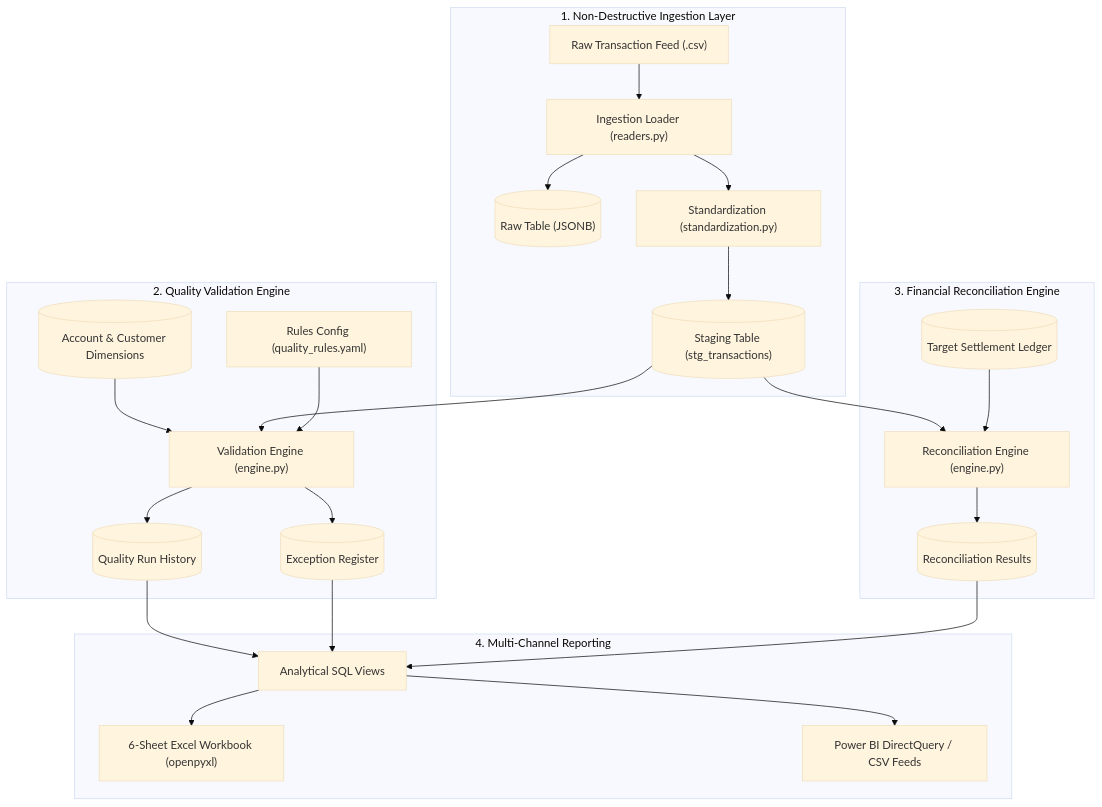
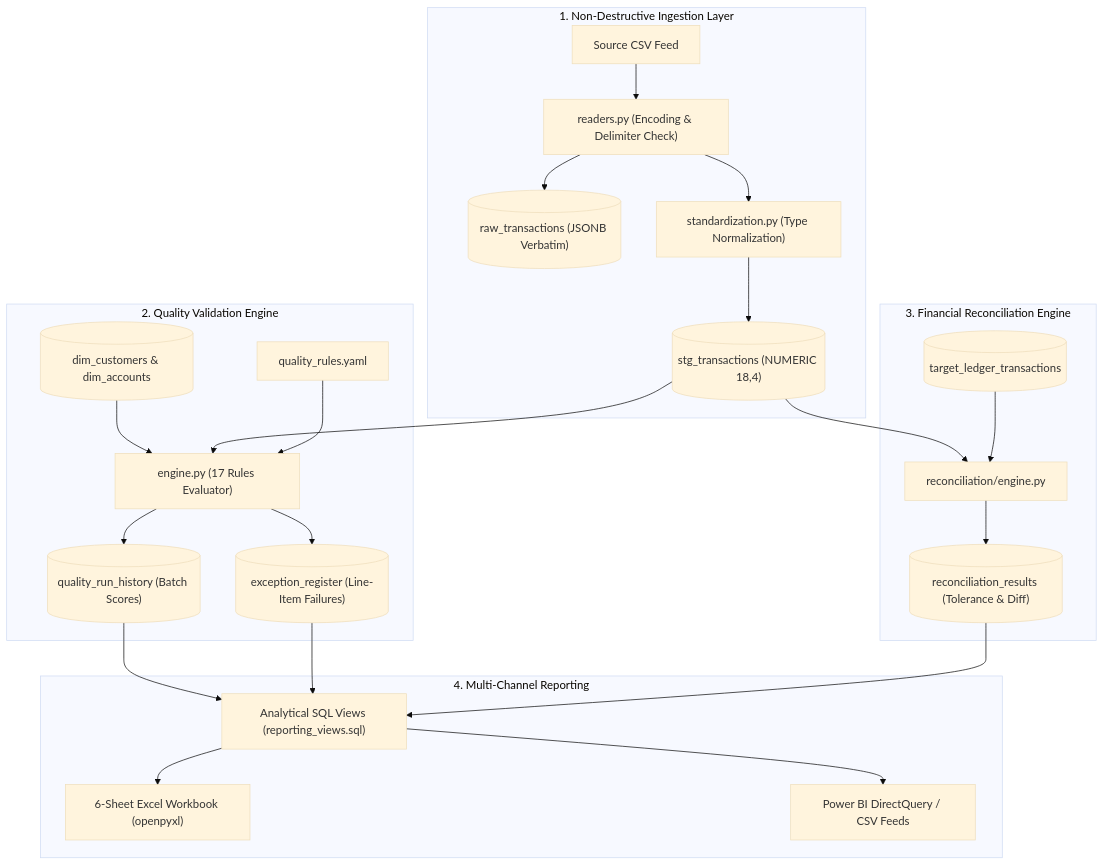
Before and after one commit to SAIYAMgade/DataGuard: the first of 4 diagrams in README.md, drawn with Mermaid (base theme). The commit also changed other lines of this file, not shown here.

Commit message:
docs: enrich README.md with detailed flowcharts, tables with exact numbers, and mathematical derivations

````diff
--- a/README.md
+++ b/README.md
@@ -46,31 +48,31 @@
 ```mermaid
 flowchart TD
     subgraph Ingestion ["1. Non-Destructive Ingestion Layer"]
-        A["Raw Transaction Feed (.csv)"] --> B["Ingestion Loader (readers.py)"]
-        B --> C[("Raw Table (JSONB)")]
-        B --> D["Standardization (standardization.py)"]
-        D --> E[("Staging Table (stg_transactions)")]
+        A["Source CSV Feed"] --> B["readers.py (Encoding & Delimiter Check)"]
+        B --> C[("raw_transactions (JSONB Verbatim)")]
+        B --> D["standardization.py (Type Normalization)"]
+        D --> E[("stg_transactions (NUMERIC 18,4)")]
     end
 
     subgraph QualityEngine ["2. Quality Validation Engine"]
-        F[("Account & Customer Dimensions")] --> G["Validation Engine (engine.py)"]
+        F[("dim_customers & dim_accounts")] --> G["engine.py (17 Rules Evaluator)"]
         E --> G
-        H["Rules Config (quality_rules.yaml)"] --> G
-        G --> I[("Quality Run History")]
-        G --> J[("Exception Register")]
+        H["quality_rules.yaml"] --> G
+        G --> I[("quality_run_history (Batch Scores)")]
+        G --> J[("exception_register (Line-Item Failures)")]
     end
 
     subgraph Reconciliation ["3. Financial Reconciliation Engine"]
-        E --> K["Reconciliation Engine (engine.py)"]
-        L[("Target Settlement Ledger")] --> K
-        K --> M[("Reconciliation Results")]
+        E --> K["reconciliation/engine.py"]
+        L[("target_ledger_transactions")] --> K
+        K --> M[("reconciliation_results (Tolerance & Diff)")]
     end
 
     subgraph Reporting ["4. Multi-Channel Reporting"]
-        I --> N["Analytical SQL Views"]
+        I --> N["Analytical SQL Views (reporting_views.sql)"]
         J --> N
         M --> N
         N --> O["6-Sheet Excel Workbook (openpyxl)"]
         N --> P["Power BI DirectQuery / CSV Feeds"]
     end
 ```
````
